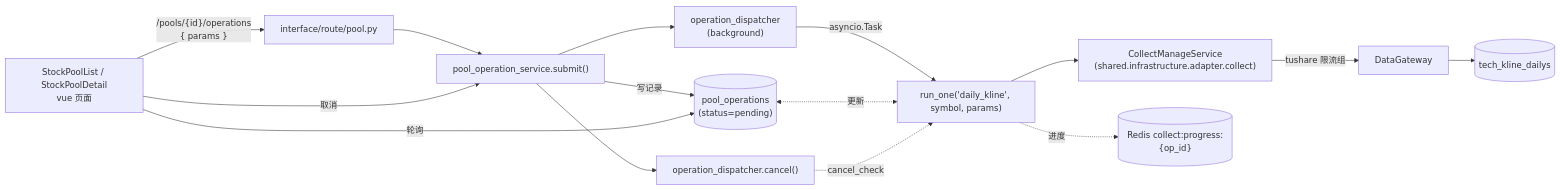
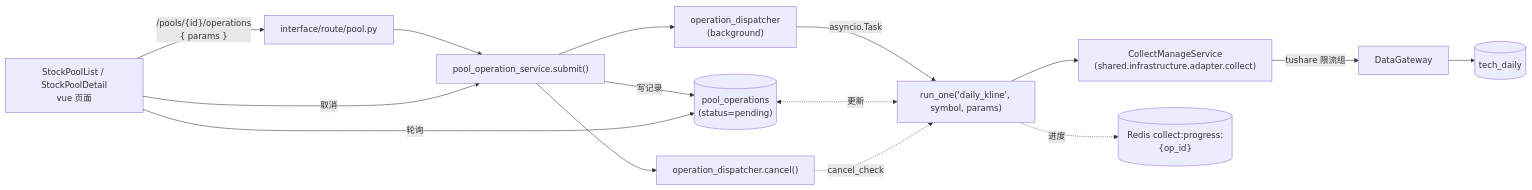
The diagram in docs/backend-docs/overview/用户与操作池概要.md (1294117457/Attribution_Analysis), drawn with Mermaid before and after one commit. The commit also changed other lines of this file and 68 other files, not shown here.

````diff
--- a/docs/backend-docs/overview/用户与操作池概要.md
+++ b/docs/backend-docs/overview/用户与操作池概要.md
@@ -81,17 +81,17 @@
 ```mermaid
 flowchart LR
     UI["StockPoolList / StockPoolDetail<br/>vue 页面"] -->|"/pools/{id}/operations<br/>{ params }"| R["interface/route/pool.py"]
     R --> SVC["pool_operation_service.submit()"]
     SVC -->|写记录| OP[("pool_operations<br/>(status=pending)")]
     SVC --> DISP["operation_dispatcher<br/>(background)"]
     DISP -->|asyncio.Task| UNIT["run_one('daily_kline', symbol, params)"]
     UNIT --> CMS["CollectManageService<br/>(shared.infrastructure.adapter.collect)"]
     CMS -->|tushare 限流组| GW["DataGateway"]
-    GW --> DB[("tech_kline_dailys")]
+    GW --> DB[("tech_daily")]
     UNIT -.进度.-> RD[("Redis collect:progress:{op_id}")]
     OP <-. 更新 .-> UNIT
     UI -->|轮询| OP
     UI -->|取消| SVC
     SVC --> CAN["operation_dispatcher.cancel()"]
     CAN -.cancel_check.-> UNIT
 ```
````
